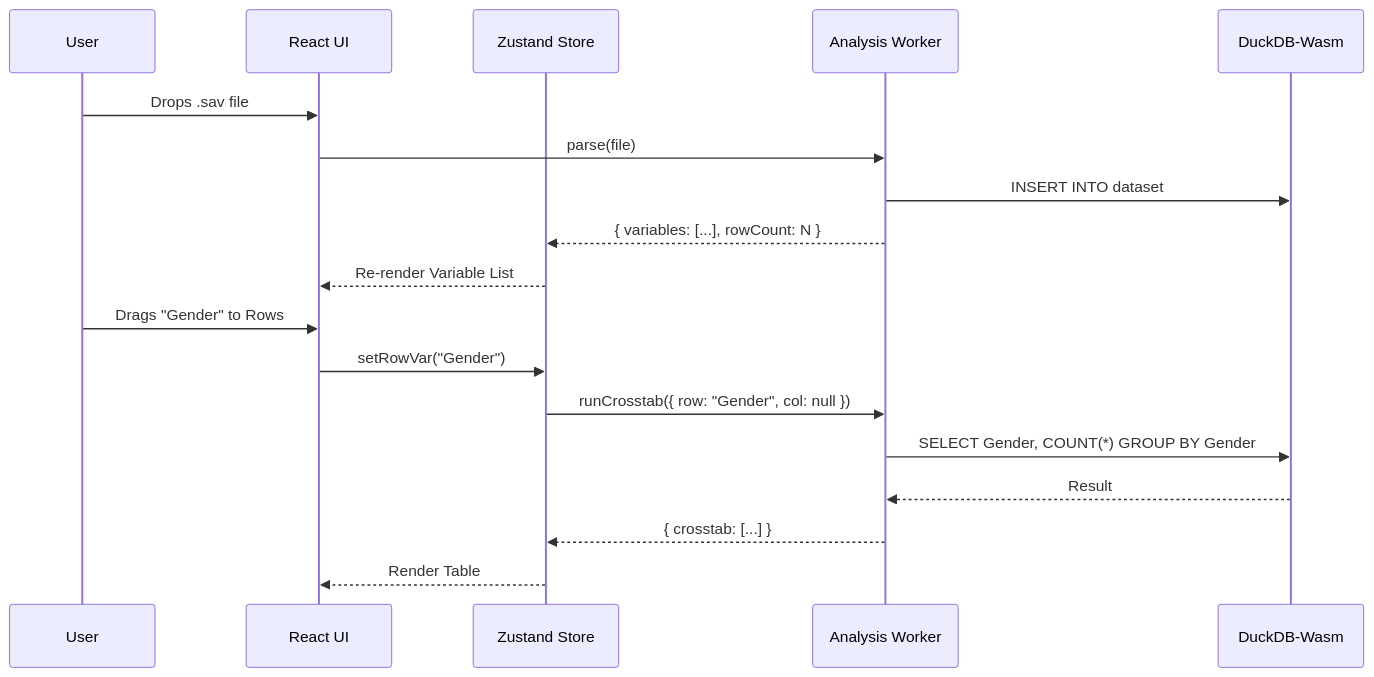
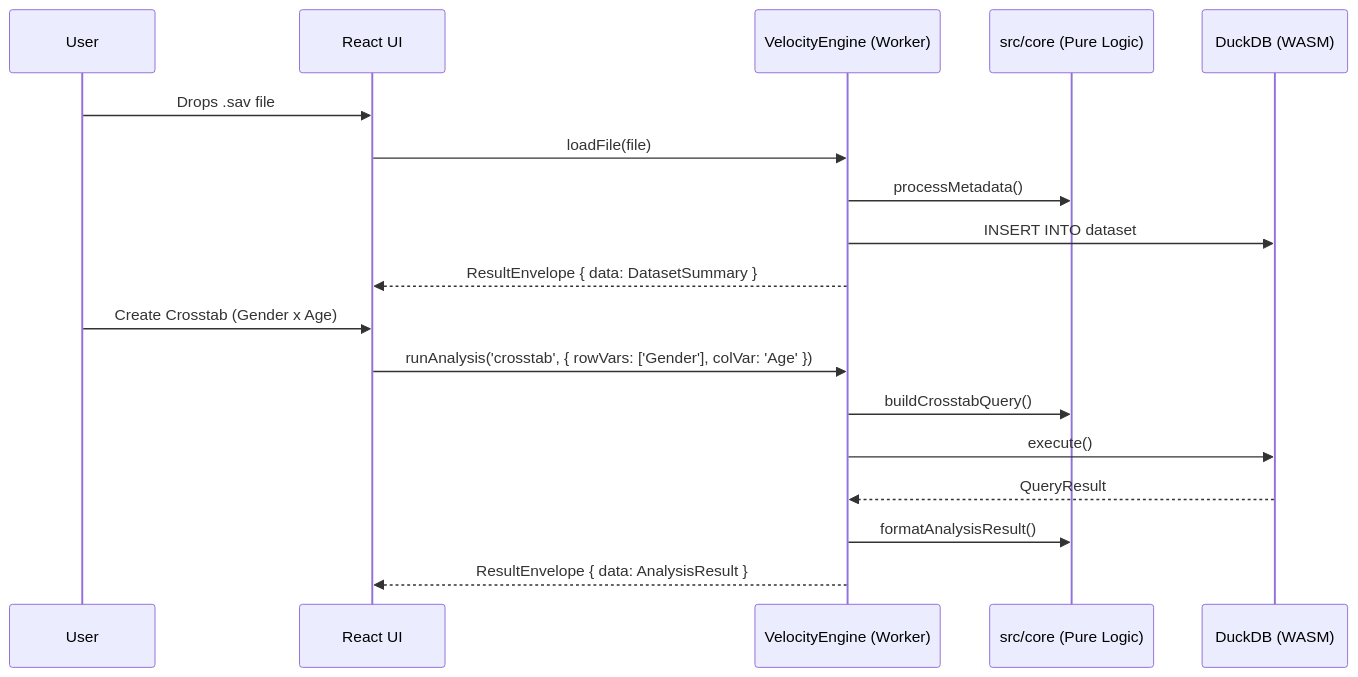
The diagram in docs/arch_01_system_architecture.md (cbrown564-alt/Velocity), drawn with Mermaid before and after one commit. The commit also changed other lines of this file, not shown here.

Commit message:
docs: Align system architecture Diagram with Agent Pivot (Phase 4)

````diff
--- a/docs/arch_01_system_architecture.md
+++ b/docs/arch_01_system_architecture.md
@@ -75,22 +78,22 @@
 ```mermaid
 sequenceDiagram
     participant User
     participant UI as React UI
-    participant Store as Zustand Store
-    participant Worker as Analysis Worker
-    participant DB as DuckDB-Wasm
+    participant Engine as VelocityEngine (Worker)
+    participant Core as src/core (Pure Logic)
+    participant DB as DuckDB (WASM)
 
     User->>UI: Drops .sav file
-    UI->>Worker: parse(file)
-    Worker->>DB: INSERT INTO dataset
-    Worker-->>Store: { variables: [...], rowCount: N }
-    Store-->>UI: Re-render Variable List
+    UI->>Engine: loadFile(file)
+    Engine->>Core: processMetadata()
+    Engine->>DB: INSERT INTO dataset
+    Engine-->>UI: ResultEnvelope { data: DatasetSummary }
 
-    User->>UI: Drags "Gender" to Rows
-    UI->>Store: setRowVar("Gender")
-    Store->>Worker: runCrosstab({ row: "Gender", col: null })
-    Worker->>DB: SELECT Gender, COUNT(*) GROUP BY Gender
-    DB-->>Worker: Result
-    Worker-->>Store: { crosstab: [...] }
-    Store-->>UI: Render Table
+    User->>UI: Create Crosstab (Gender x Age)
+    UI->>Engine: runAnalysis('crosstab', { rowVars: ['Gender'], colVar: 'Age' })
+    Engine->>Core: buildCrosstabQuery()
+    Engine->>DB: execute()
+    DB-->>Engine: QueryResult
+    Engine->>Core: formatAnalysisResult()
+    Engine-->>UI: ResultEnvelope { data: AnalysisResult }
 ```
````
